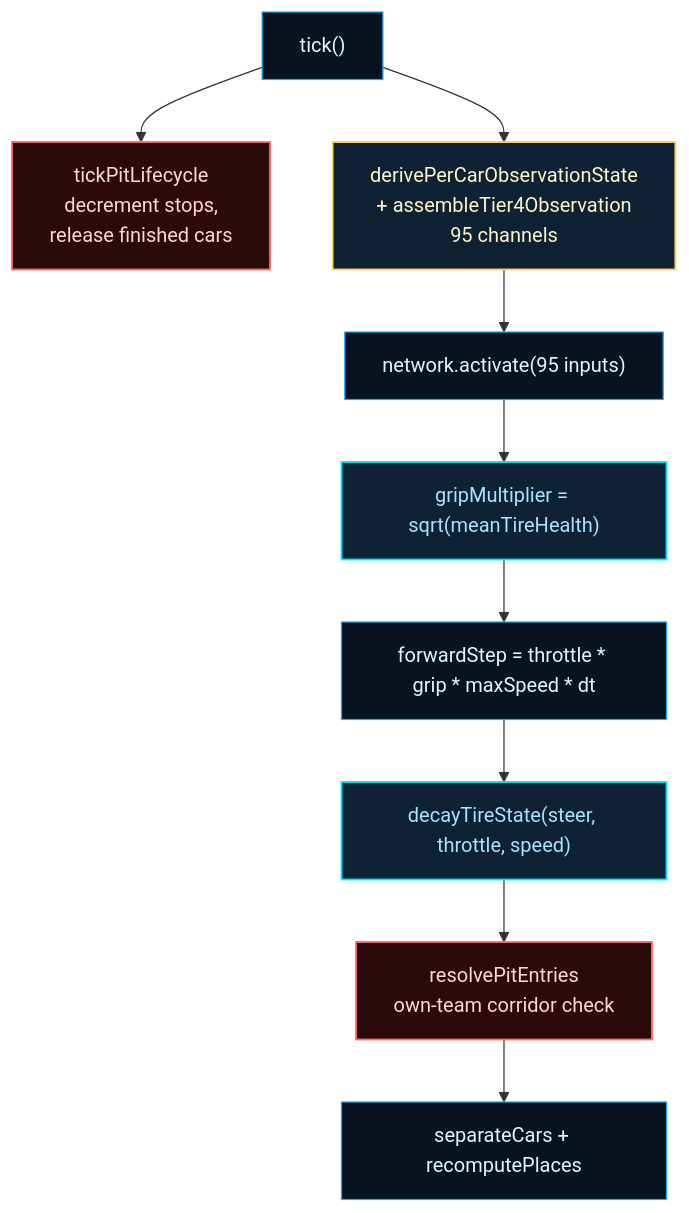
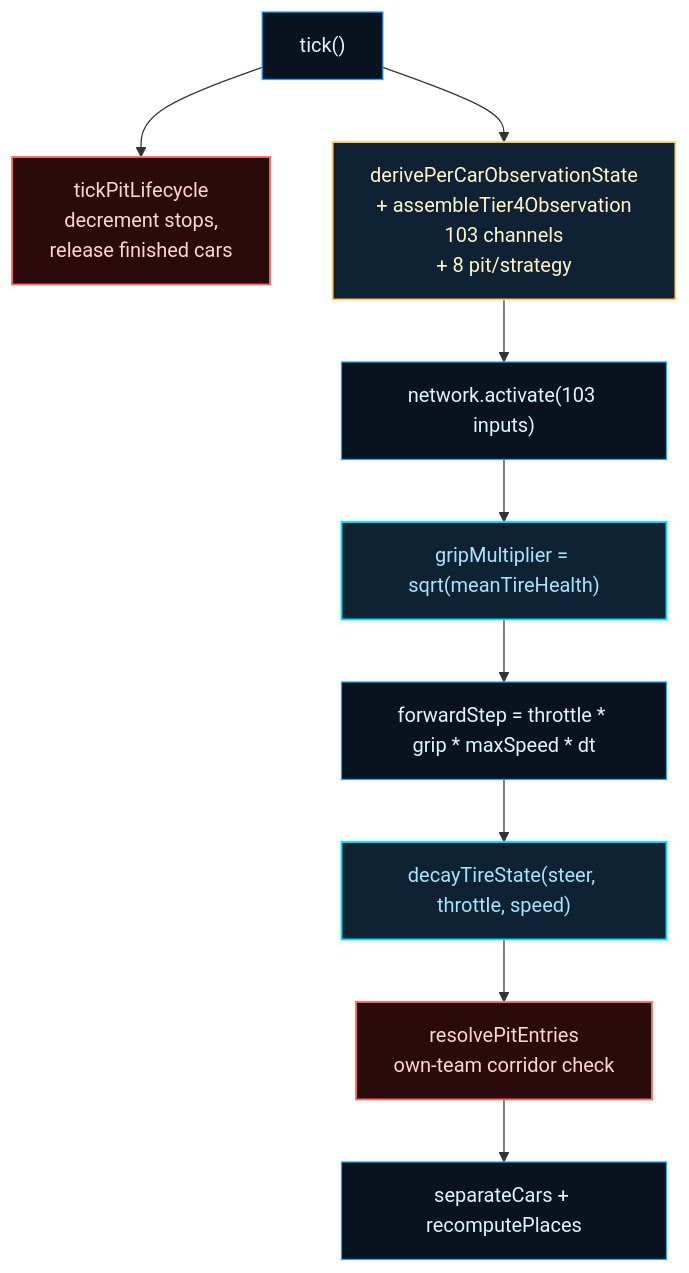
One commit to reicek/NeatapticTS changed the ninth of 12 diagrams in examples/racing_curriculum/README.md. Above: the diagram before and after it, drawn with Mermaid. The commit also changed other lines of this file and 232 other files, not shown here.

````diff
--- a/examples/racing_curriculum/README.md
+++ b/examples/racing_curriculum/README.md
@@ -944,17 +972,17 @@
 ```mermaid
 flowchart TD
     classDef base fill:#08131f,stroke:#1ea7ff,color:#dff6ff,stroke-width:1px;
     classDef accent fill:#0f2233,stroke:#ffd166,color:#fff4cc,stroke-width:1.5px;
     classDef tire fill:#0f2233,stroke:#00e5ff,color:#a6e4ff,stroke-width:1.5px;
     classDef pit fill:#2a0a0a,stroke:#ff6b6b,color:#ffd6d6,stroke-width:1.5px;
 
     Tick["tick()"]:::base
     Tick --> PitLife["tickPitLifecycle<br/>decrement stops,<br/>release finished cars"]:::pit
-    Tick --> Obs["derivePerCarObservationState<br/>+ assembleTier4Observation<br/>95 channels"]:::accent
-    Obs --> Infer["network.activate(95 inputs)"]:::base
+    Tick --> Obs["derivePerCarObservationState<br/>+ assembleTier4Observation<br/>103 channels<br/>+ 8 pit/strategy"]:::accent
+    Obs --> Infer["network.activate(103 inputs)"]:::base
     Infer --> Grip["gripMultiplier = sqrt(meanTireHealth)"]:::tire
     Grip --> Move["forwardStep = throttle * grip * maxSpeed * dt"]:::base
     Move --> Decay["decayTireState(steer, throttle, speed)"]:::tire
     Decay --> PitEntry["resolvePitEntries<br/>own-team corridor check"]:::pit
     PitEntry --> Separate["separateCars + recomputePlaces"]:::base
 ```
````
